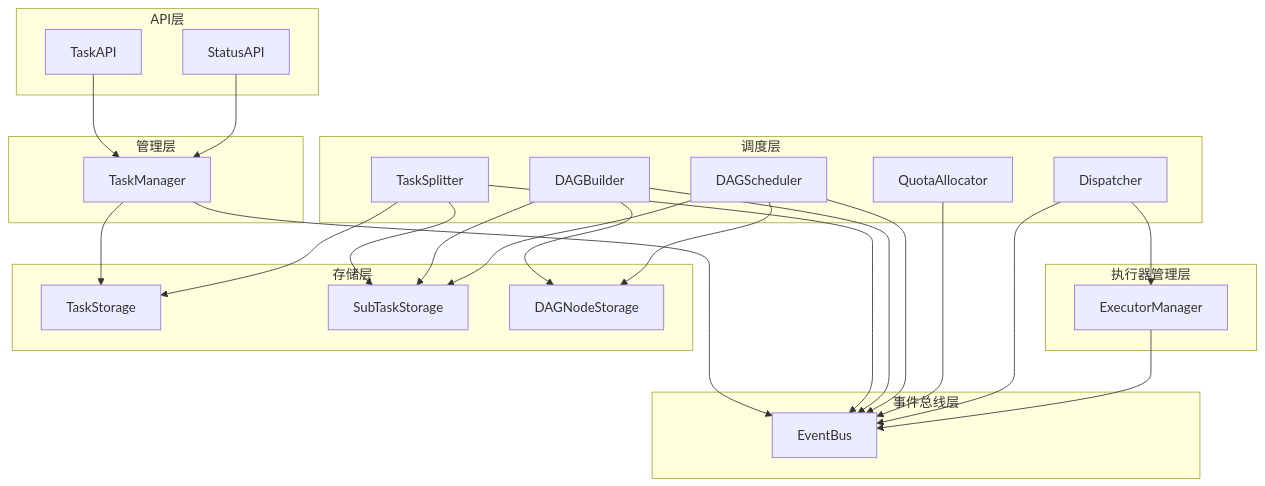
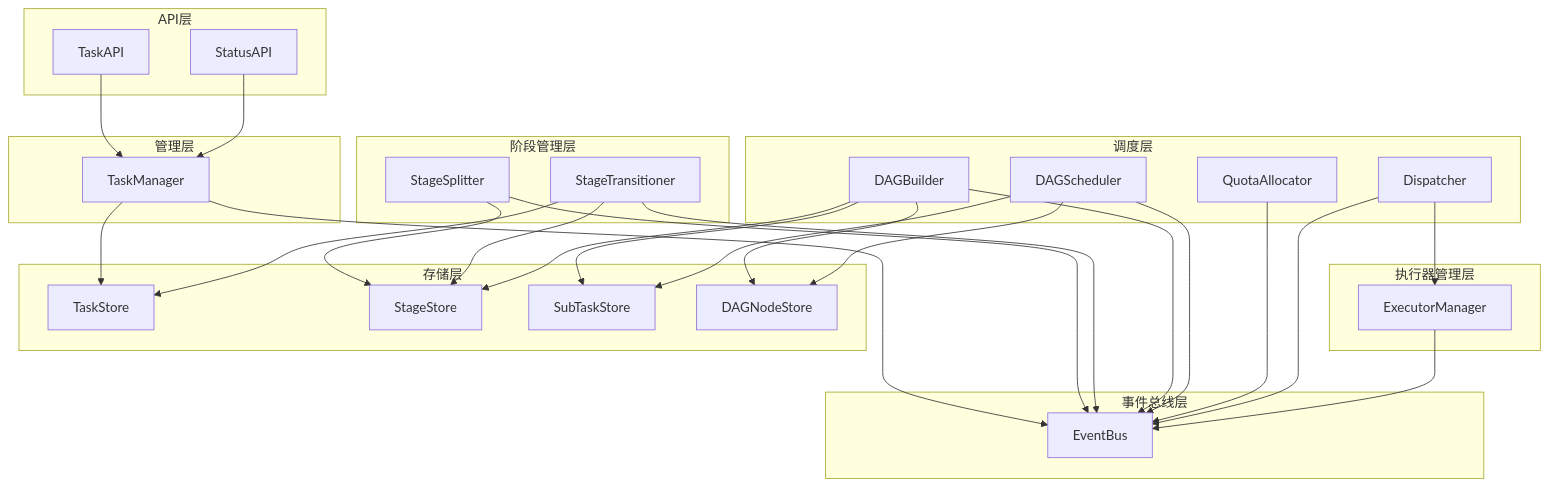
One commit to njuxumq/agent-eval-server changed the second of 8 diagrams in docs/designs/模块设计文档.md. Above: the diagram before and after it, drawn with Mermaid. The commit also changed other lines of this file and 13 other files, not shown here.

````diff
--- a/docs/designs/模块设计文档.md
+++ b/docs/designs/模块设计文档.md
@@ -115,57 +139,66 @@
 ```mermaid
 flowchart TB
     subgraph API层
         TaskAPI
         StatusAPI
     end
 
     subgraph 管理层
         TaskManager
     end
 
+    subgraph 阶段管理层
+        StageSplitter
+        StageTransitioner
+    end
+
     subgraph 调度层
-        TaskSplitter
         DAGBuilder
         DAGScheduler
         QuotaAllocator
         Dispatcher
     end
 
     subgraph 执行器管理层
         ExecutorManager
     end
 
     subgraph 事件总线层
         EventBus
     end
 
     subgraph 存储层
-        TaskStorage
-        SubTaskStorage
-        DAGNodeStorage
+        TaskStore
+        StageStore
+        SubTaskStore
+        DAGNodeStore
     end
 
     TaskAPI --> TaskManager
     StatusAPI --> TaskManager
     TaskManager --> EventBus
-    TaskManager --> TaskStorage
+    TaskManager --> TaskStore
 
-    TaskSplitter --> EventBus
-    TaskSplitter --> TaskStorage
-    TaskSplitter --> SubTaskStorage
+    StageSplitter --> EventBus
+    StageSplitter --> StageStore
+
+    StageTransitioner --> EventBus
+    StageTransitioner --> TaskStore
+    StageTransitioner --> StageStore
 
     DAGBuilder --> EventBus
-    DAGBuilder --> SubTaskStorage
-    DAGBuilder --> DAGNodeStorage
+    DAGBuilder --> StageStore
+    DAGBuilder --> SubTaskStore
+    DAGBuilder --> DAGNodeStore
 
     DAGScheduler --> EventBus
-    DAGScheduler --> DAGNodeStorage
-    DAGScheduler --> SubTaskStorage
+    DAGScheduler --> DAGNodeStore
+    DAGScheduler --> SubTaskStore
 
     QuotaAllocator --> EventBus
 
     Dispatcher --> EventBus
     Dispatcher --> ExecutorManager
 
     ExecutorManager --> EventBus
 ```
````
